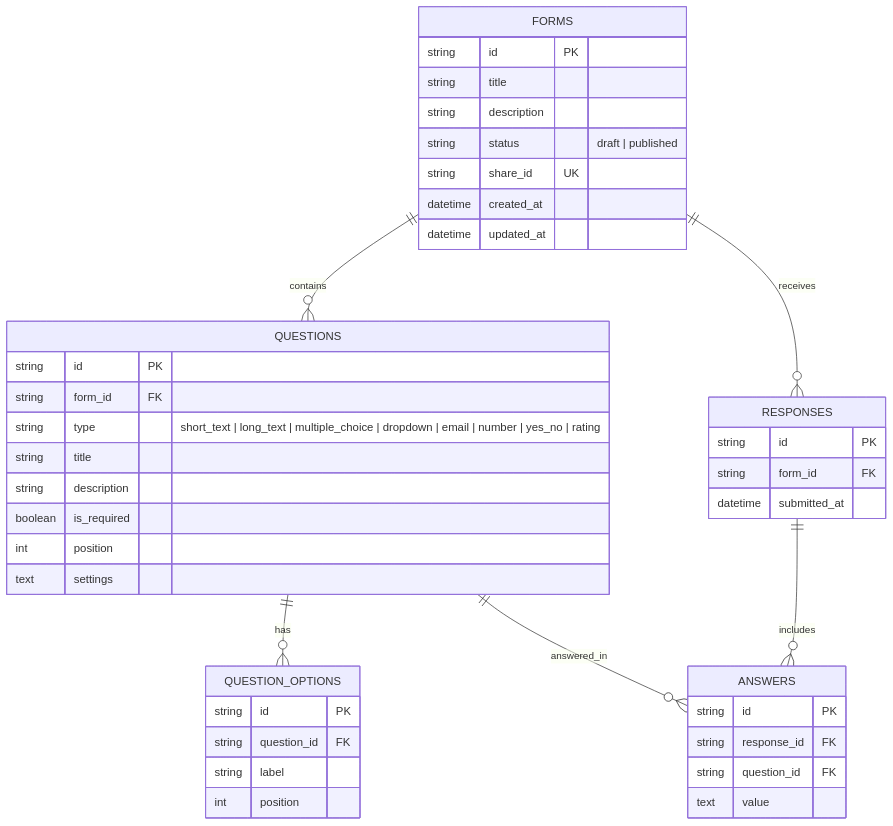
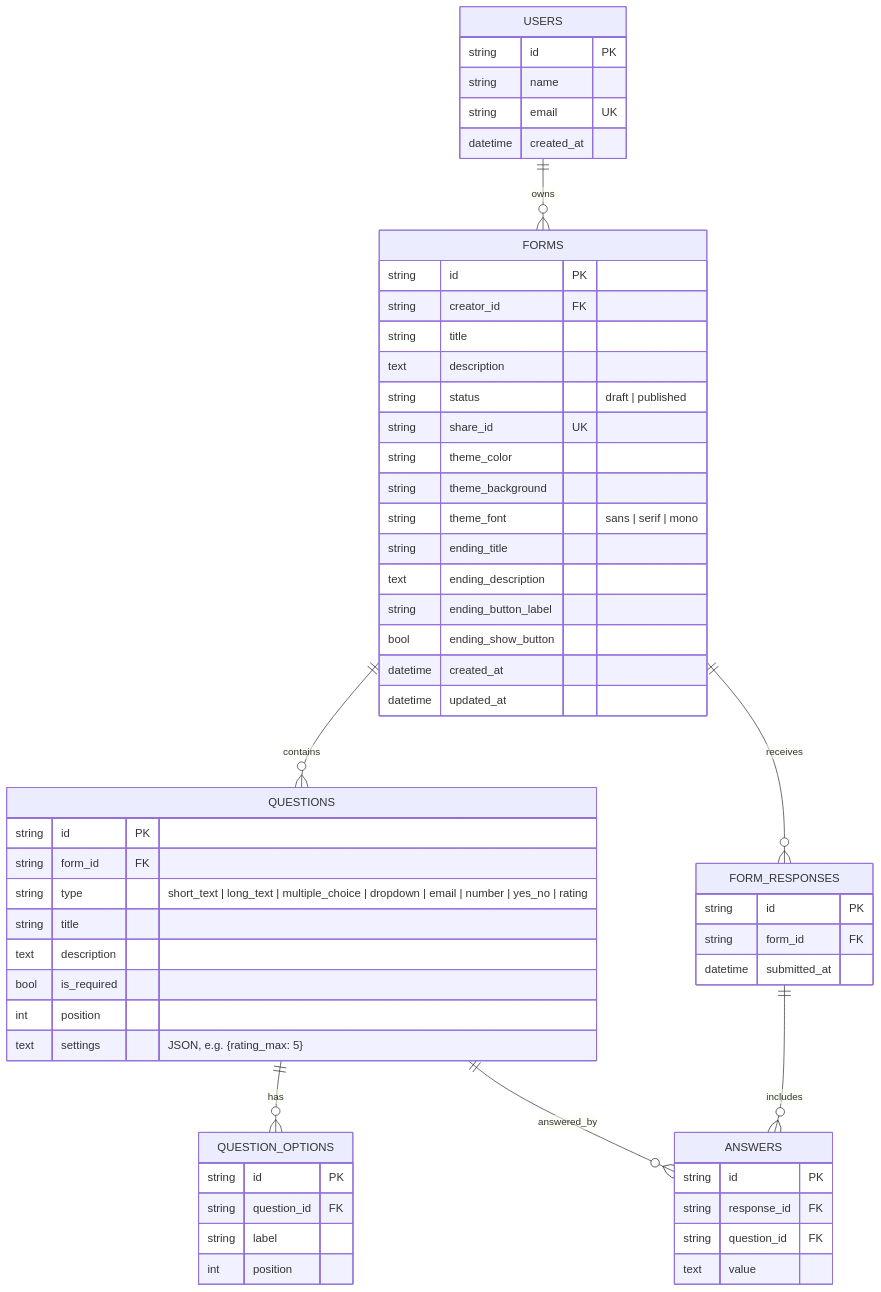
Before and after one commit to SrishtiSingh77/mts: the diagram in README.md, drawn with Mermaid. The commit also changed other lines of this file and 50 other files, not shown here.

````diff
--- a/README.md
+++ b/README.md
@@ -113,49 +116,65 @@
 ```mermaid
 erDiagram
+    USERS ||--o{ FORMS : owns
     FORMS ||--o{ QUESTIONS : contains
     QUESTIONS ||--o{ QUESTION_OPTIONS : has
-    FORMS ||--o{ RESPONSES : receives
-    RESPONSES ||--o{ ANSWERS : includes
-    QUESTIONS ||--o{ ANSWERS : answered_in
+    FORMS ||--o{ FORM_RESPONSES : receives
+    FORM_RESPONSES ||--o{ ANSWERS : includes
+    QUESTIONS ||--o{ ANSWERS : answered_by
+
+    USERS {
+        string id PK
+        string name
+        string email UK
+        datetime created_at
+    }
 
     FORMS {
         string id PK
+        string creator_id FK
         string title
-        string description
+        text description
         string status "draft | published"
         string share_id UK
+        string theme_color
+        string theme_background
+        string theme_font "sans | serif | mono"
+        string ending_title
+        text ending_description
+        string ending_button_label
+        bool ending_show_button
         datetime created_at
         datetime updated_at
     }
 
     QUESTIONS {
         string id PK
         string form_id FK
         string type "short_text | long_text | multiple_choice | dropdown | email | number | yes_no | rating"
         string title
-        string description
-        boolean is_required
+        text description
+        bool is_required
         int position
-        text settings
+        text settings "JSON, e.g. {rating_max: 5}"
     }
 
     QUESTION_OPTIONS {
         string id PK
         string question_id FK
         string label
         int position
     }
 
-    RESPONSES {
+    FORM_RESPONSES {
         string id PK
         string form_id FK
         datetime submitted_at
     }
 
     ANSWERS {
         string id PK
         string response_id FK
         string question_id FK
         text value
     }
 ```
````
